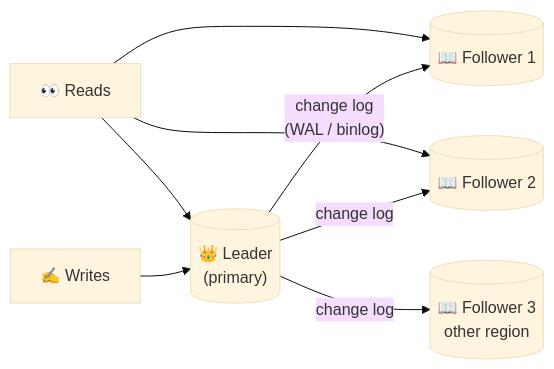
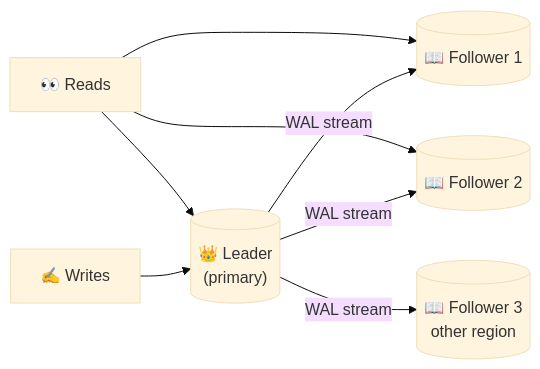
Before and after one commit to winnyboy5/System-Design-from-Atoms: the diagram in phases/06-scaling-data/046-leader-follower-replication.md, drawn with Mermaid (base theme). The commit also changed other lines of this file and 9 other files, not shown here.

````diff
--- a/phases/06-scaling-data/046-leader-follower-replication.md
+++ b/phases/06-scaling-data/046-leader-follower-replication.md
@@ -28,10 +40,10 @@
 ```mermaid
 flowchart LR
     W["✍️ Writes"] --> L[("👑 Leader<br/>(primary)")]
-    L -->|"change log<br/>(WAL / binlog)"| F1[("📖 Follower 1")]
-    L -->|"change log"| F2[("📖 Follower 2")]
-    L -->|"change log"| F3[("📖 Follower 3<br/>other region")]
+    L -->|"WAL stream"| F1[("📖 Follower 1")]
+    L -->|"WAL stream"| F2[("📖 Follower 2")]
+    L -->|"WAL stream"| F3[("📖 Follower 3<br/>other region")]
     R["👀 Reads"] --> F1
     R --> F2
     R --> L
 ```
````
